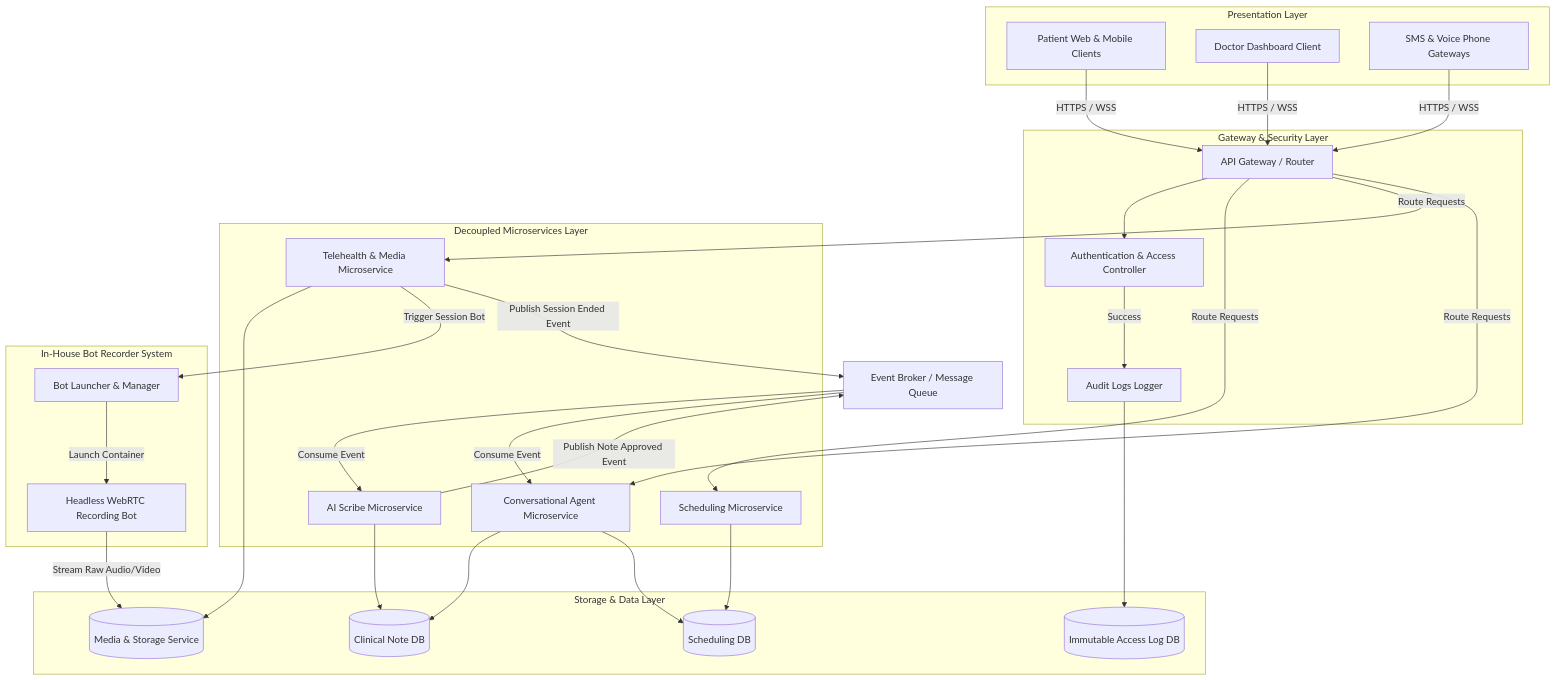
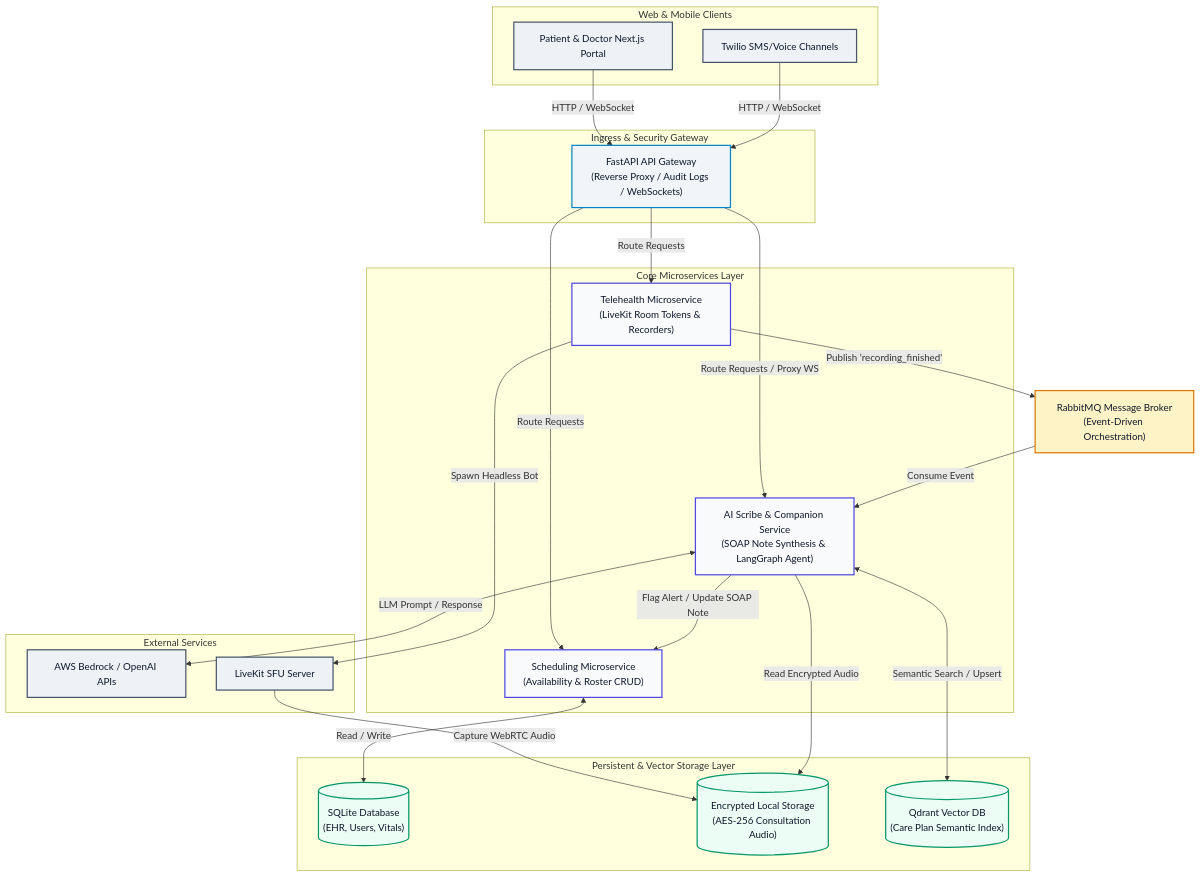
Before and after one commit to Devilcoder2/DocAI: the diagram in docs/architecture/overall_architecture.md, drawn with Mermaid. The commit also changed other lines of this file and 1 other file, not shown here.

Commit message:
docs: change in architecture diagram

````diff
--- a/docs/architecture/overall_architecture.md
+++ b/docs/architecture/overall_architecture.md
@@ -18,67 +18,68 @@
 ```mermaid
 graph TD
-    %% Presentation Layer
-    subgraph Presentation_Layer [Presentation Layer]
-        PatientApp[Patient Web & Mobile Clients]
-        DoctorApp[Doctor Dashboard Client]
-        VoiceSMS[SMS & Voice Phone Gateways]
+    %% Define Styles
+    classDef client fill:#eef2f6,stroke:#475569,stroke-width:2px,color:#0f172a;
+    classDef gateway fill:#f1f5f9,stroke:#0284c7,stroke-width:2px,color:#0f172a;
+    classDef service fill:#f8fafc,stroke:#4f46e5,stroke-width:2px,color:#0f172a;
+    classDef queue fill:#fef3c7,stroke:#d97706,stroke-width:2px,color:#0f172a;
+    classDef storage fill:#ecfdf5,stroke:#059669,stroke-width:2px,color:#0f172a;
+
+    %% Client App
+    subgraph Clients ["Web & Mobile Clients"]
+        Portal["Patient & Doctor Next.js Portal"]
+        Twilio["Twilio SMS/Voice Channels"]
     end
+    class Portal,Twilio client;
 
     %% Gateway Layer
-    subgraph Gateway_Layer [Gateway & Security Layer]
-        APIGateway[API Gateway / Router]
-        AuthN[Authentication & Access Controller]
-        Audit[Audit Logs Logger]
+    subgraph Ingress ["Ingress & Security Gateway"]
+        APIGateway["FastAPI API Gateway<br>(Reverse Proxy / Audit Logs / WebSockets)"]
     end
+    class APIGateway gateway;
 
-    %% Microservices Layer
-    subgraph Microservices_Layer [Decoupled Microservices Layer]
-        SchedulingService[Scheduling Microservice]
-        TelehealthService[Telehealth & Media Microservice]
-        ScribeService[AI Scribe Microservice]
-        AgentService[Conversational Agent Microservice]
+    %% Microservices
+    subgraph Services ["Core Microservices Layer"]
+        Scheduling["Scheduling Microservice<br>(Availability & Roster CRUD)"]
+        Telehealth["Telehealth Microservice<br>(LiveKit Room Tokens & Recorders)"]
+        Scribe["AI Scribe & Companion Service<br>(SOAP Note Synthesis & LangGraph Agent)"]
     end
-
-    %% In-house Bot System
-    subgraph In_house_Recording_Bot [In-House Bot Recorder System]
-        BotManager[Bot Launcher & Manager]
-        HeadlessBot[Headless WebRTC Recording Bot]
-    end
+    class Scheduling,Telehealth,Scribe service;
 
     %% Event Broker
-    EventBroker[Event Broker / Message Queue]
+    Rabbit["RabbitMQ Message Broker<br>(Event-Driven Orchestration)"]
+    class Rabbit queue;
 
-    %% Storage Layer
-    subgraph Storage_Layer [Storage & Data Layer]
-        SchedDB[(Scheduling DB)]
-        MediaStore[(Media & Storage Service)]
-        DocStore[(Clinical Note DB)]
-        AuditDB[(Immutable Access Log DB)]
+    %% Datastores
+    subgraph Storage ["Persistent & Vector Storage Layer"]
+        SQLiteDB[("SQLite Database<br>(EHR, Users, Vitals)")]
+        LocalMedia[("Encrypted Local Storage<br>(AES-256 Consultation Audio)")]
+        QdrantDB[("Qdrant Vector DB<br>(Care Plan Semantic Index)")]
     end
+    class SQLiteDB,LocalMedia,QdrantDB storage;
 
-    %% Connections
-    PatientApp & DoctorApp & VoiceSMS -->|HTTPS / WSS| APIGateway
-    APIGateway --> AuthN
-    AuthN -->|Success| Audit
-    Audit --> AuditDB
+    %% External APIs
+    subgraph External ["External Services"]
+        LLM["AWS Bedrock / OpenAI APIs"]
+        LiveKitServer["LiveKit SFU Server"]
+    end
+    class LLM,LiveKitServer client;
+
+    %% Core Data Flow Relationships
+    Portal & Twilio -->|HTTP / WebSocket| APIGateway
     
-    %% Gateway Routing
-    APIGateway -->|Route Requests| SchedulingService & TelehealthService & AgentService
+    APIGateway -->|Route Requests| Scheduling
+    APIGateway -->|Route Requests| Telehealth
+    APIGateway -->|Route Requests / Proxy WS| Scribe
+
+    Scheduling <-->|Read / Write| SQLiteDB
     
-    %% Service DB Ownership
-    SchedulingService --> SchedDB
-    TelehealthService --> MediaStore
-    ScribeService --> DocStore
-    AgentService --> DocStore & SchedDB
+    Telehealth -->|Spawn Headless Bot| LiveKitServer
+    LiveKitServer -->|Capture WebRTC Audio| LocalMedia
+    Telehealth -->|Publish 'recording_finished'| Rabbit
     
-    %% Telehealth Bot Flow
-    TelehealthService -->|Trigger Session Bot| BotManager
-    BotManager -->|Launch Container| HeadlessBot
-    HeadlessBot -->|Stream Raw Audio/Video| MediaStore
-    
-    %% Event-Driven Coordination
-    TelehealthService -->|Publish Session Ended Event| EventBroker
-    EventBroker -->|Consume Event| ScribeService
-    ScribeService -->|Publish Note Approved Event| EventBroker
-    EventBroker -->|Consume Event| AgentService
+    Rabbit -->|Consume Event| Scribe
+    Scribe -->|Read Encrypted Audio| LocalMedia
+    Scribe <-->|LLM Prompt / Response| LLM
+    Scribe <-->|Semantic Search / Upsert| QdrantDB
+    Scribe -->|Flag Alert / Update SOAP Note| Scheduling
 ```
````
